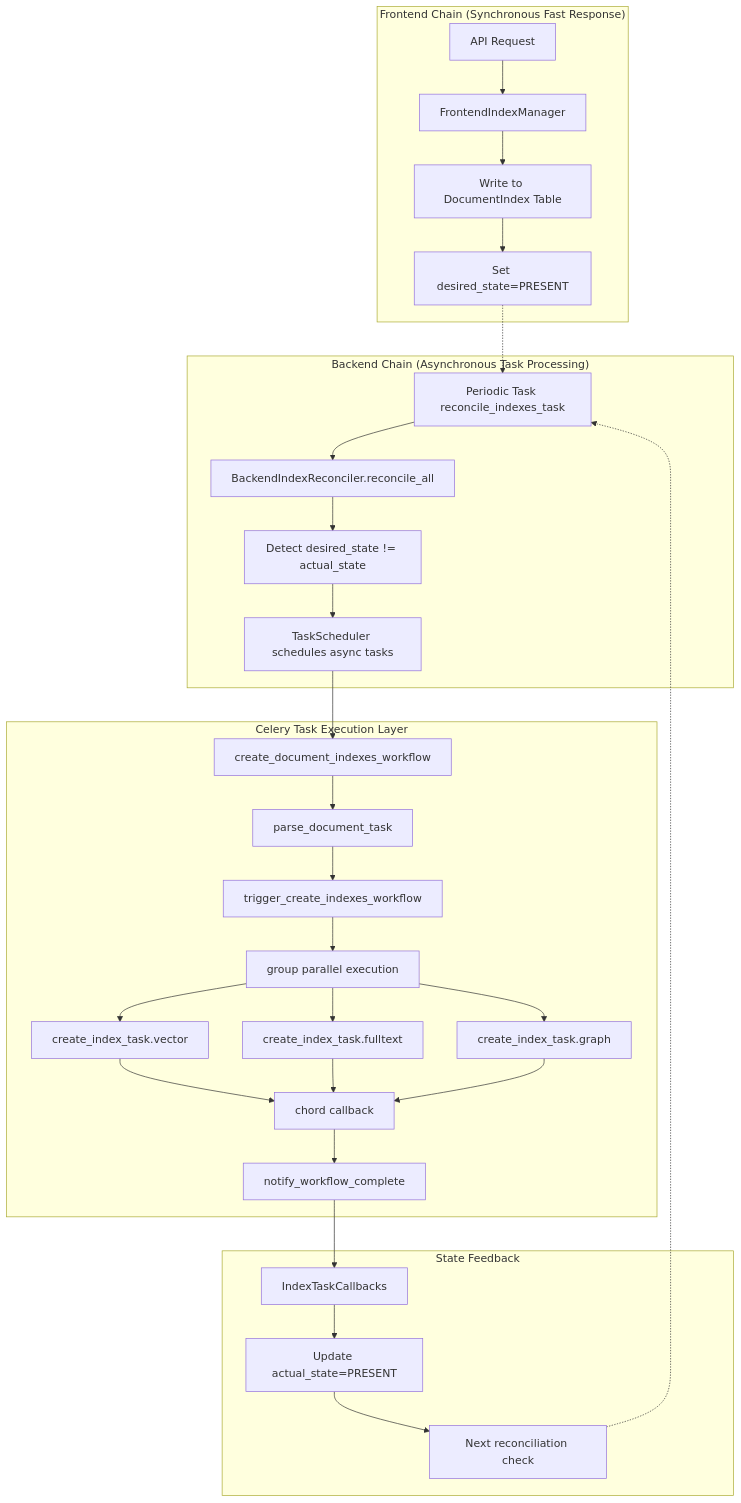
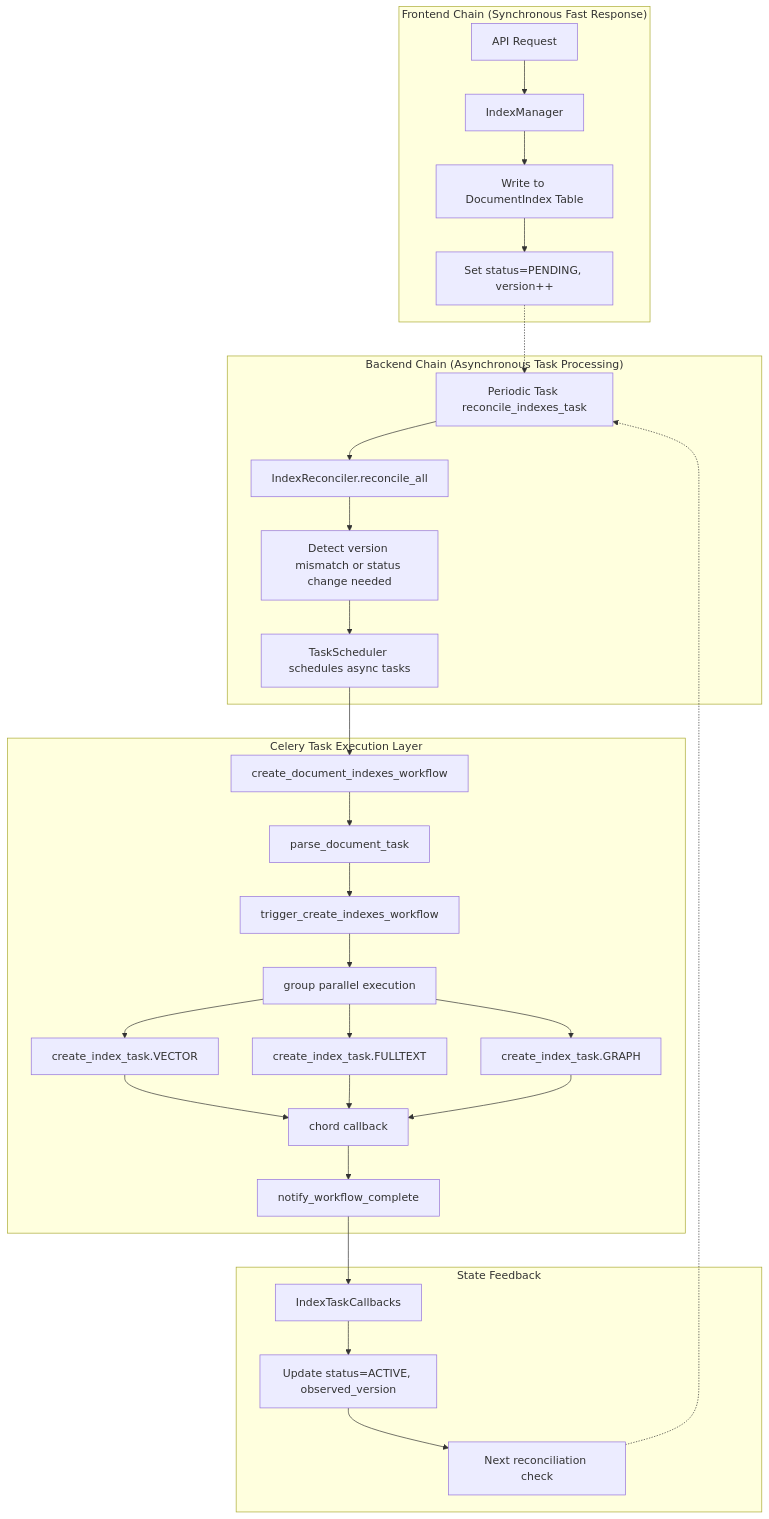
The diagram in docs/indexing_architecture.md (holdgh/ApeRAG), drawn with Mermaid before and after one commit. The commit also changed other lines of this file and 24 other files, not shown here.

Commit message:
feat: update document index status model and related components (#985)

````diff
--- a/docs/indexing_architecture.md
+++ b/docs/indexing_architecture.md
@@ -9,37 +9,37 @@
 ```mermaid
 graph TB
     subgraph "Frontend Chain (Synchronous Fast Response)"
-        A[API Request] --> B[FrontendIndexManager]
+        A[API Request] --> B[IndexManager]
         B --> C[Write to DocumentIndex Table]
-        C --> D[Set desired_state=PRESENT]
+        C --> D[Set status=PENDING, version++]
     end
     
     subgraph "Backend Chain (Asynchronous Task Processing)"
-        E[Periodic Task reconcile_indexes_task] --> F[BackendIndexReconciler.reconcile_all]
-        F --> G[Detect desired_state != actual_state]
+        E[Periodic Task reconcile_indexes_task] --> F[IndexReconciler.reconcile_all]
+        F --> G[Detect version mismatch or status change needed]
         G --> H[TaskScheduler schedules async tasks]
     end
     
     subgraph "Celery Task Execution Layer"
         H --> I[create_document_indexes_workflow]
         I --> J[parse_document_task]
         J --> K[trigger_create_indexes_workflow]
         K --> L[group parallel execution]
-        L --> M[create_index_task.vector]
-        L --> N[create_index_task.fulltext] 
-        L --> O[create_index_task.graph]
+        L --> M[create_index_task.VECTOR]
+        L --> N[create_index_task.FULLTEXT] 
+        L --> O[create_index_task.GRAPH]
         M --> P[chord callback]
         N --> P
         O --> P
         P --> Q[notify_workflow_complete]
     end
     
     subgraph "State Feedback"
         Q --> R[IndexTaskCallbacks]
-        R --> S[Update actual_state=PRESENT]
+        R --> S[Update status=ACTIVE, observed_version]
         S --> T[Next reconciliation check]
     end
     
     D -.-> E
     T -.-> E
 ```
````
